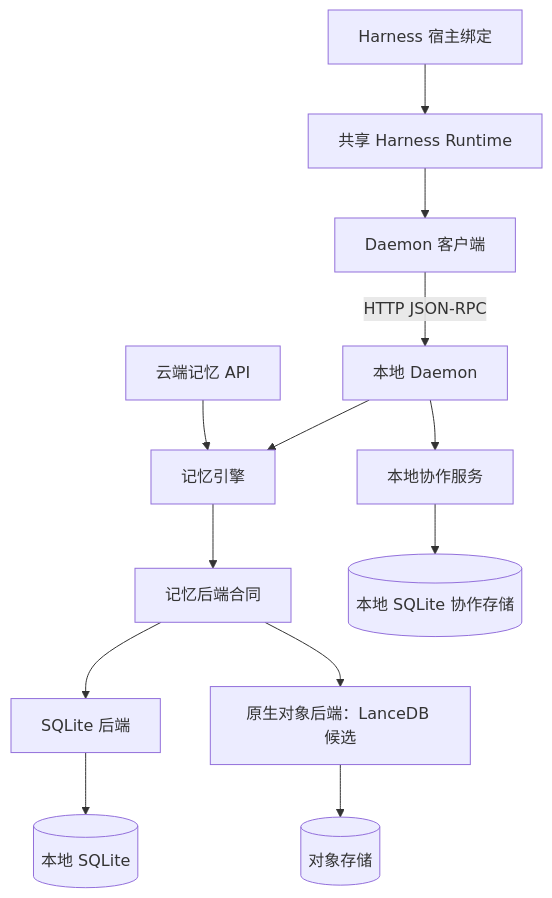
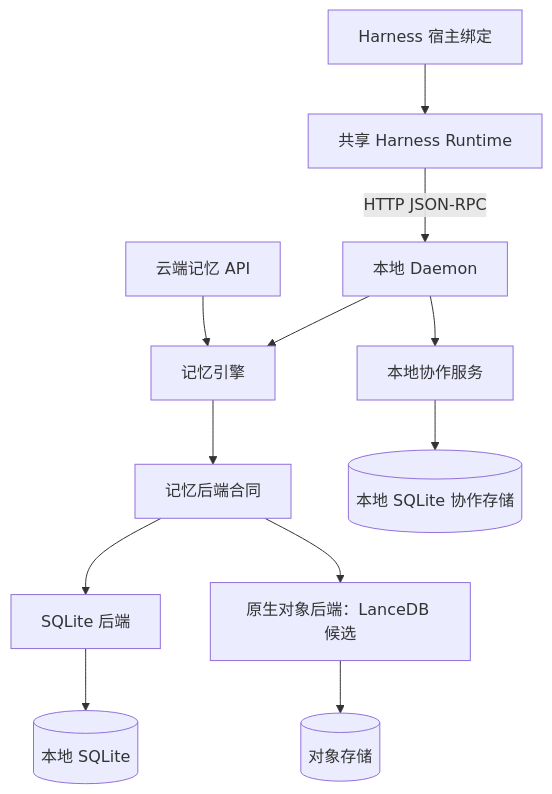
One commit to wefio/NodeMemoryGraph changed the diagram in docs/design/unified-architecture.zh-CN.md. Above: the diagram before and after it, drawn with Mermaid. The commit also changed 1 other file, not shown here.

Commit message:
docs(architecture): omit client wrapper from overview
Show the shared Harness Runtime communicating directly with the local daemon over HTTP JSON-RPC in both language versions.

````diff
--- a/docs/design/unified-architecture.zh-CN.md
+++ b/docs/design/unified-architecture.zh-CN.md
@@ -18,15 +18,14 @@
 ```mermaid
 flowchart TB
   Host[Harness 宿主绑定] --> Runtime[共享 Harness Runtime]
-  Runtime --> Client[Daemon 客户端]
-  Client -->|HTTP JSON-RPC| Daemon[本地 Daemon]
+  Runtime -->|HTTP JSON-RPC| Daemon[本地 Daemon]
   Cloud[云端记忆 API] --> Engine[记忆引擎]
   Daemon --> Engine
   Engine --> Port[记忆后端合同]
   Port --> SQL[SQLite 后端]
   Port --> Native[原生对象后端：LanceDB 候选]
   SQL --> LocalDB[(本地 SQLite)]
   Native --> Objects[(对象存储)]
   Daemon --> Coordination[本地协作服务]
   Coordination --> CoordDB[(本地 SQLite 协作存储)]
 ```
````
